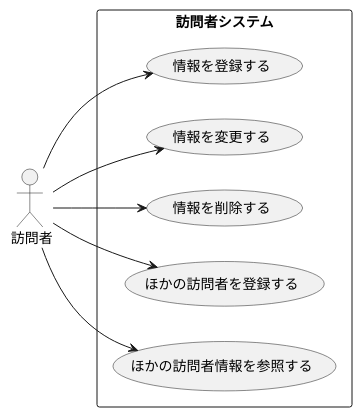
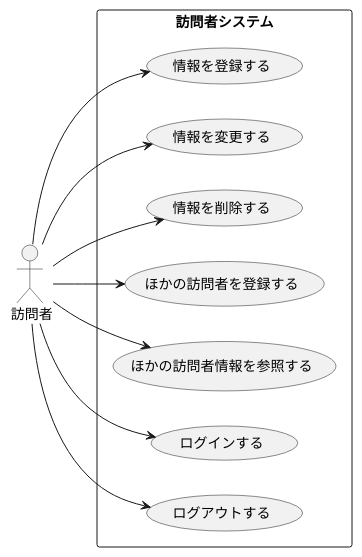
The diagram in group/07_web_visitor/usecase.pu (takesue0630/practice_uml), drawn with PlantUML before and after one commit. The commit also changed 11 other files, not shown here.

Commit message:
【新規】ロバストネス図、シーケンス図

```diff
--- a/group/07_web_visitor/usecase.pu
+++ b/group/07_web_visitor/usecase.pu
@@ -1,16 +1,20 @@
 @startuml 訪問者システムユースケース図
 left to right direction
 actor " 訪問者" as fc
 rectangle 訪問者システム {
   usecase "情報を登録する" as UC1
   usecase "情報を変更する" as UC2
   usecase "情報を削除する" as UC3
   usecase "ほかの訪問者を登録する" as UC4
   usecase "ほかの訪問者情報を参照する" as UC5
+  usecase "ログインする" as UC6
+  usecase "ログアウトする" as UC7
 }
 fc --> UC1
 fc --> UC2
 fc --> UC3
 fc --> UC4
 fc --> UC5
+fc --> UC6
+fc --> UC7
 @enduml
```
